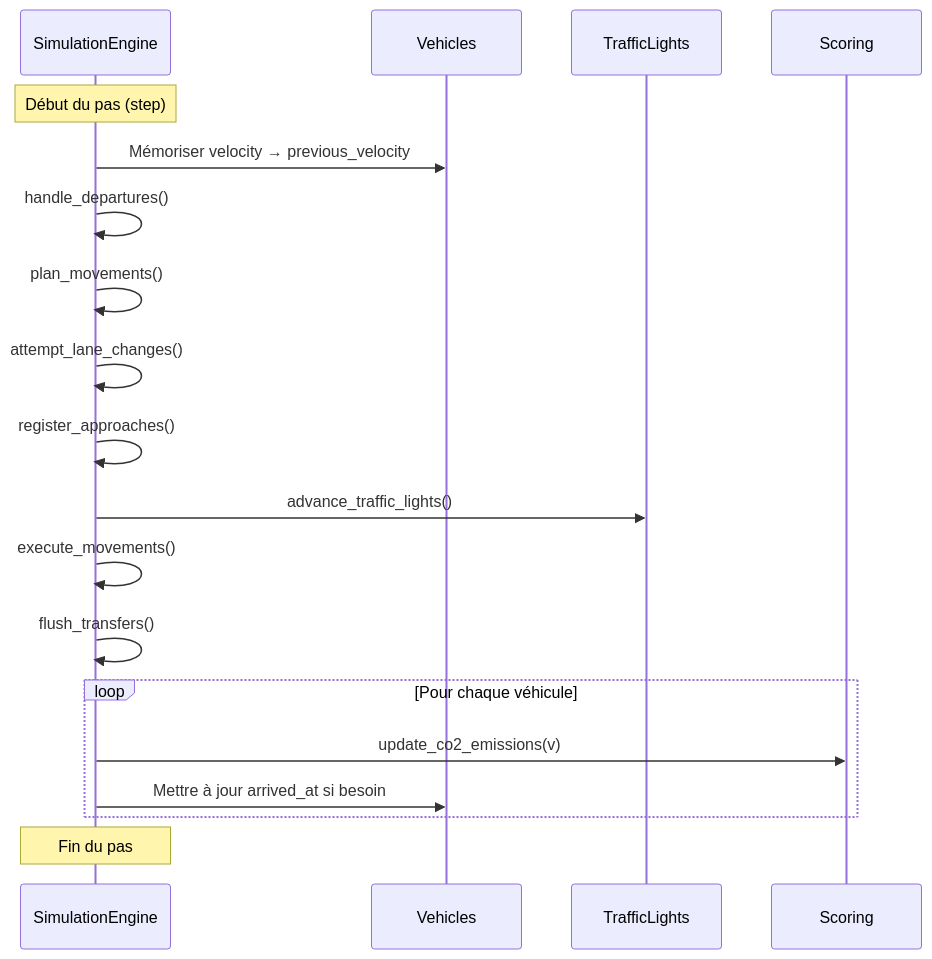
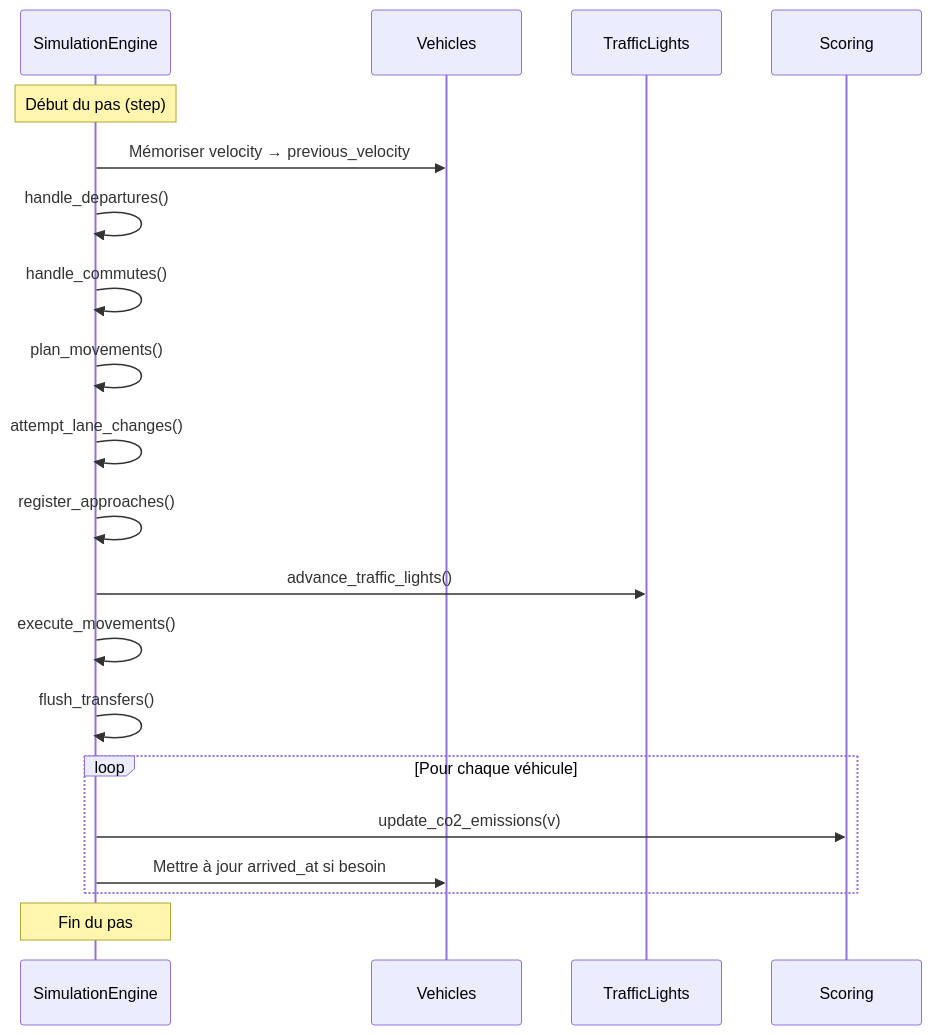
Before and after one commit to TagCopperLight/RoadIA: the diagram in server/doc/src/simulation/engine.md, drawn with Mermaid. The commit also changed other lines of this file and 5 other files, not shown here.

````diff
--- a/server/doc/src/simulation/engine.md
+++ b/server/doc/src/simulation/engine.md
@@ -81,22 +81,23 @@
 ```mermaid
 sequenceDiagram
     participant E as SimulationEngine
     participant V as Vehicles
     participant TL as TrafficLights
     participant S as Scoring
 
     Note over E: Début du pas (step)
     E->>V: Mémoriser velocity → previous_velocity
     E->>E: handle_departures()
+    E->>E: handle_commutes()
     E->>E: plan_movements()
     E->>E: attempt_lane_changes()
     E->>E: register_approaches()
     E->>TL: advance_traffic_lights()
     E->>E: execute_movements()
     E->>E: flush_transfers()
     loop Pour chaque véhicule
         E->>S: update_co2_emissions(v)
         E->>V: Mettre à jour arrived_at si besoin
     end
     Note over E: Fin du pas
 ```
````
